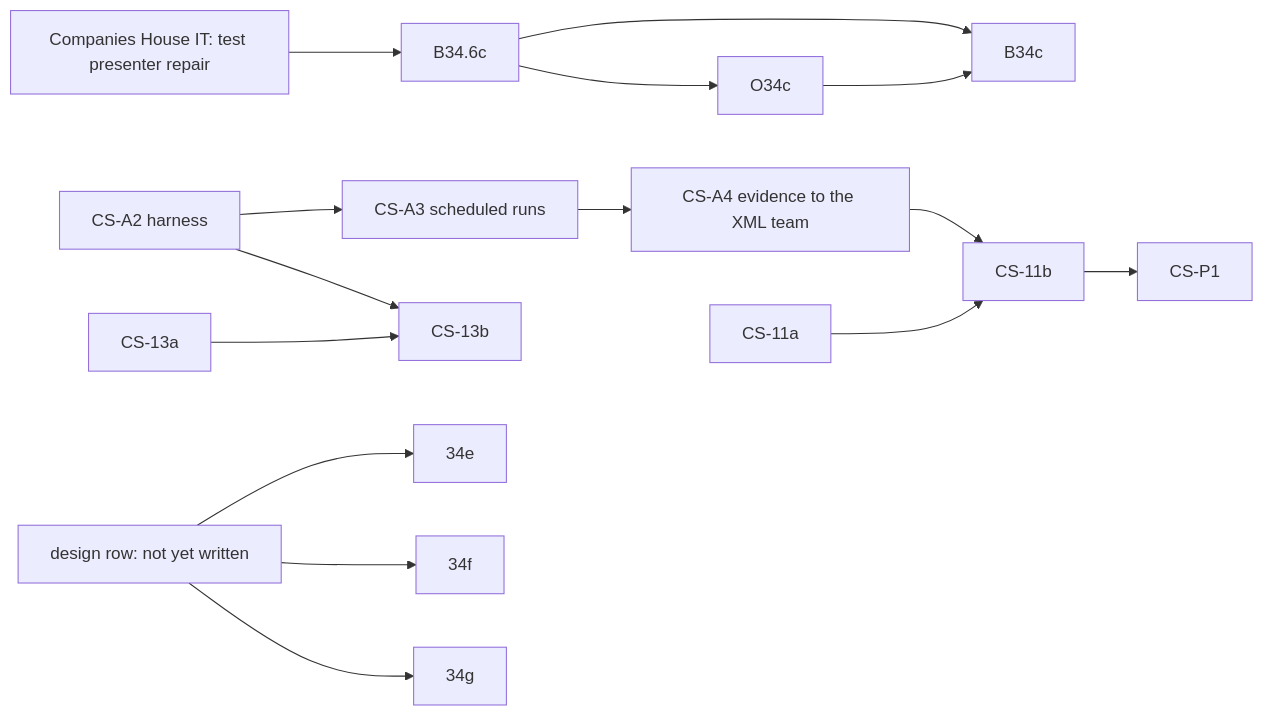
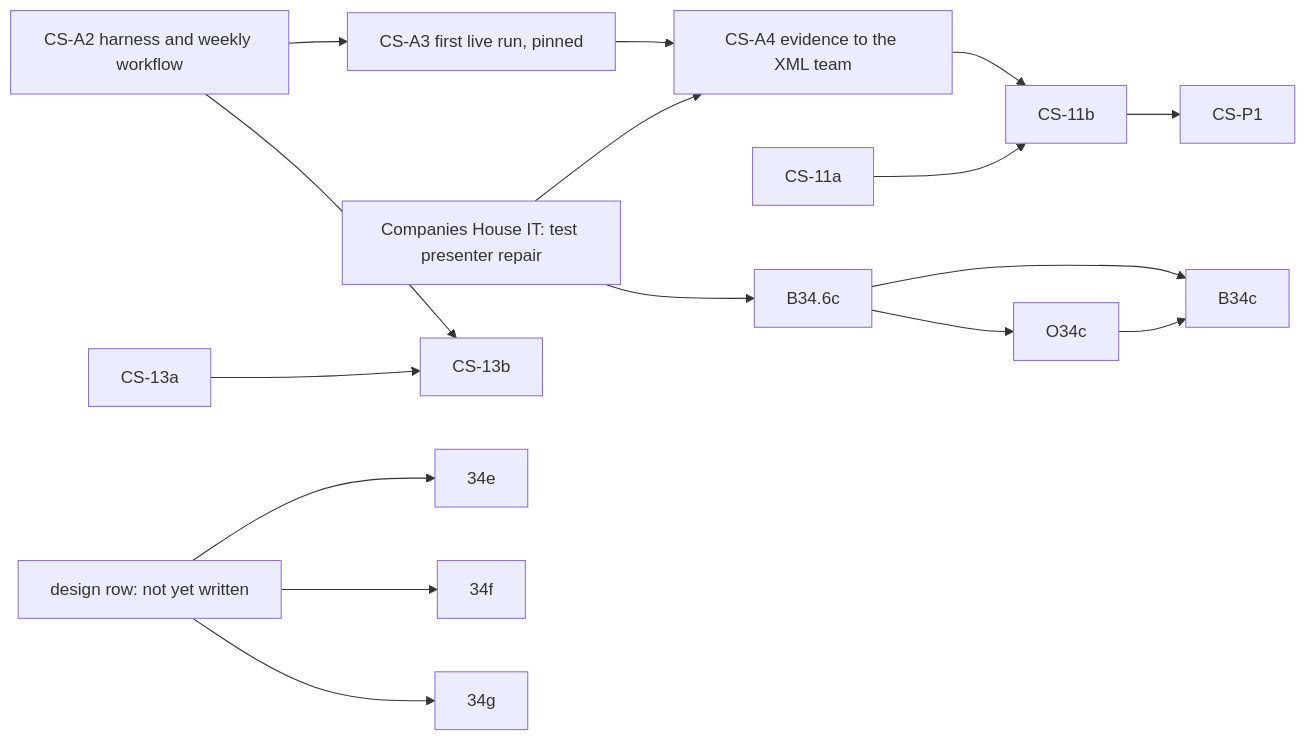
Before and after one commit to diy-accounting-uk/submit.diyaccounting.co.uk: the diagram in PLAN_COMPANIES_HOUSE.md, drawn with Mermaid. The commit also changed other lines of this file and 1 other file, not shown here.

````diff
--- a/PLAN_COMPANIES_HOUSE.md
+++ b/PLAN_COMPANIES_HOUSE.md
@@ -62,17 +62,18 @@
 ```mermaid
 flowchart LR
     CHIT[Companies House IT: test presenter repair] --> B346c[B34.6c]
     B346c --> O34c
     B346c --> B34c
     O34c --> B34c
-    CSA2[CS-A2 harness] --> CSA3[CS-A3 scheduled runs]
+    CSA2[CS-A2 harness and weekly workflow] --> CSA3[CS-A3 first live run, pinned]
     CSA3 --> CSA4[CS-A4 evidence to the XML team]
+    CHIT --> CSA4
     CSA4 --> CS11b[CS-11b]
     CS11b --> CSP1[CS-P1]
     CSA2 --> CS13b[CS-13b]
     CS13a[CS-13a] --> CS13b
     CS11a[CS-11a] --> CS11b
     Design[design row: not yet written] --> Row34e[34e]
     Design --> Row34f[34f]
     Design --> Row34g[34g]
 ```
````
